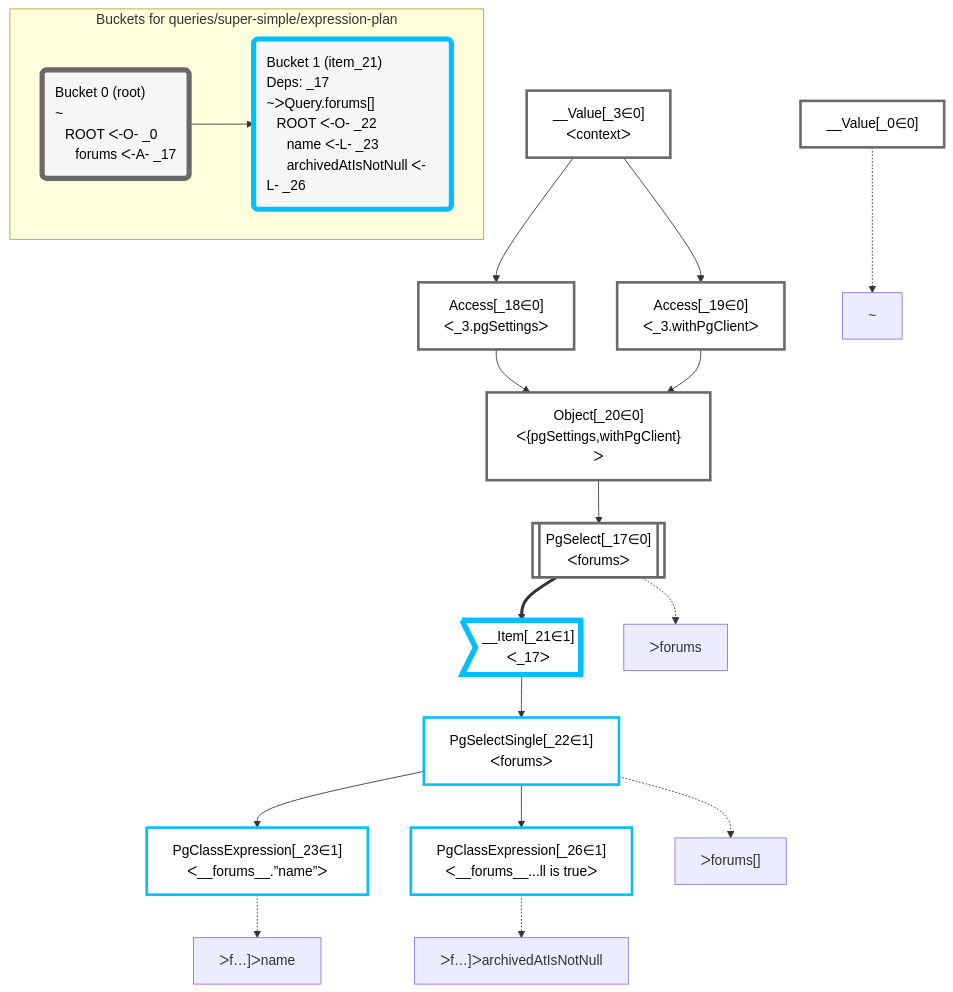
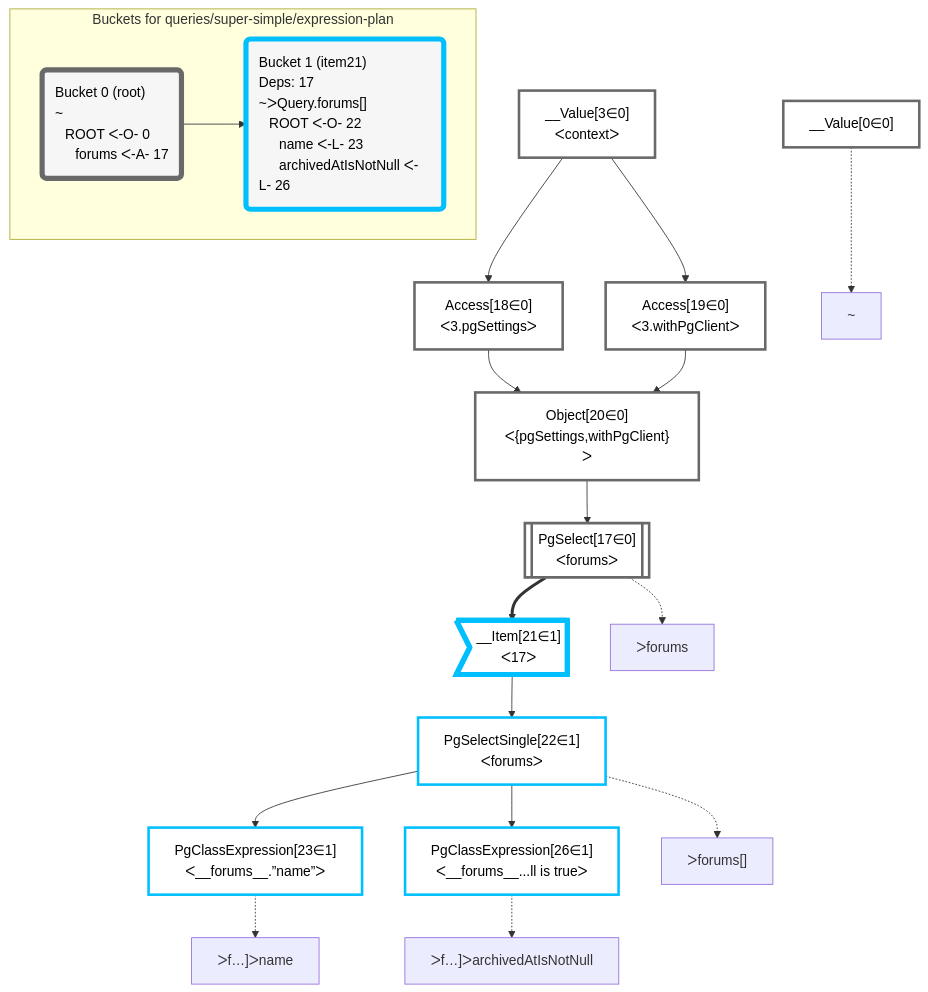
One commit to graphile/crystal changed the diagram in packages/dataplan-pg/__tests__/queries/super-simple/expression-plan.mermaid.md. Above: the diagram before and after it, drawn with Mermaid. The commit also changed 195 other files, not shown here.

````diff
--- a/packages/dataplan-pg/__tests__/queries/super-simple/expression-plan.mermaid.md
+++ b/packages/dataplan-pg/__tests__/queries/super-simple/expression-plan.mermaid.md
@@ -1,53 +1,53 @@
 ```mermaid
 graph TD
     classDef path fill:#eee,stroke:#000,color:#000
     classDef plan fill:#fff,stroke-width:3px,color:#000
     classDef itemplan fill:#fff,stroke-width:6px,color:#000
     classDef sideeffectplan fill:#f00,stroke-width:6px,color:#000
     classDef bucket fill:#f6f6f6,color:#000,stroke-width:6px,text-align:left
 
 
     %% define plans
-    __Value_0["__Value[_0∈0]"]:::plan
-    PgClassExpression_23["PgClassExpression[_23∈1]<br />ᐸ__forums__.”name”ᐳ"]:::plan
-    PgClassExpression_26["PgClassExpression[_26∈1]<br />ᐸ__forums__...ll is trueᐳ"]:::plan
-    PgSelectSingle_22["PgSelectSingle[_22∈1]<br />ᐸforumsᐳ"]:::plan
-    __Item_21>"__Item[_21∈1]<br />ᐸ_17ᐳ"]:::itemplan
-    PgSelect_17[["PgSelect[_17∈0]<br />ᐸforumsᐳ"]]:::plan
-    Object_20["Object[_20∈0]<br />ᐸ{pgSettings,withPgClient}ᐳ"]:::plan
-    Access_18["Access[_18∈0]<br />ᐸ_3.pgSettingsᐳ"]:::plan
-    Access_19["Access[_19∈0]<br />ᐸ_3.withPgClientᐳ"]:::plan
-    __Value_3["__Value[_3∈0]<br />ᐸcontextᐳ"]:::plan
+    __Value0["__Value[0∈0]"]:::plan
+    PgClassExpression23["PgClassExpression[23∈1]<br />ᐸ__forums__.”name”ᐳ"]:::plan
+    PgClassExpression26["PgClassExpression[26∈1]<br />ᐸ__forums__...ll is trueᐳ"]:::plan
+    PgSelectSingle22["PgSelectSingle[22∈1]<br />ᐸforumsᐳ"]:::plan
+    __Item21>"__Item[21∈1]<br />ᐸ17ᐳ"]:::itemplan
+    PgSelect17[["PgSelect[17∈0]<br />ᐸforumsᐳ"]]:::plan
+    Object20["Object[20∈0]<br />ᐸ{pgSettings,withPgClient}ᐳ"]:::plan
+    Access18["Access[18∈0]<br />ᐸ3.pgSettingsᐳ"]:::plan
+    Access19["Access[19∈0]<br />ᐸ3.withPgClientᐳ"]:::plan
+    __Value3["__Value[3∈0]<br />ᐸcontextᐳ"]:::plan
 
     %% plan dependencies
-    PgSelectSingle_22 --> PgClassExpression_23
-    PgSelectSingle_22 --> PgClassExpression_26
-    __Item_21 --> PgSelectSingle_22
-    PgSelect_17 ==> __Item_21
-    Object_20 --> PgSelect_17
-    Access_18 & Access_19 --> Object_20
-    __Value_3 --> Access_18
-    __Value_3 --> Access_19
+    PgSelectSingle22 --> PgClassExpression23
+    PgSelectSingle22 --> PgClassExpression26
+    __Item21 --> PgSelectSingle22
+    PgSelect17 ==> __Item21
+    Object20 --> PgSelect17
+    Access18 & Access19 --> Object20
+    __Value3 --> Access18
+    __Value3 --> Access19
 
     %% plan-to-path relationships
-    P_0["~"]
-    __Value_0 -.-> P_0
-    P_17["ᐳforums"]
-    PgSelect_17 -.-> P_17
-    P_22["ᐳforums[]"]
-    PgSelectSingle_22 -.-> P_22
-    P_23["ᐳf…]ᐳname"]
-    PgClassExpression_23 -.-> P_23
-    P_26["ᐳf…]ᐳarchivedAtIsNotNull"]
-    PgClassExpression_26 -.-> P_26
+    P0["~"]
+    __Value0 -.-> P0
+    P17["ᐳforums"]
+    PgSelect17 -.-> P17
+    P22["ᐳforums[]"]
+    PgSelectSingle22 -.-> P22
+    P23["ᐳf…]ᐳname"]
+    PgClassExpression23 -.-> P23
+    P26["ᐳf…]ᐳarchivedAtIsNotNull"]
+    PgClassExpression26 -.-> P26
 
     subgraph "Buckets for queries/super-simple/expression-plan"
-    Bucket0("Bucket 0 (root)<br />~<br />⠀ROOT ᐸ-O- _0<br />⠀⠀forums ᐸ-A- _17"):::bucket
+    Bucket0("Bucket 0 (root)<br />~<br />⠀ROOT ᐸ-O- 0<br />⠀⠀forums ᐸ-A- 17"):::bucket
     classDef bucket0 stroke:#696969
-    class Bucket0,__Value_0,__Value_3,PgSelect_17,Access_18,Access_19,Object_20 bucket0
-    Bucket1("Bucket 1 (item_21)<br />Deps: _17<br />~ᐳQuery.forums[]<br />⠀ROOT ᐸ-O- _22<br />⠀⠀name ᐸ-L- _23<br />⠀⠀archivedAtIsNotNull ᐸ-L- _26"):::bucket
+    class Bucket0,__Value0,__Value3,PgSelect17,Access18,Access19,Object20 bucket0
+    Bucket1("Bucket 1 (item21)<br />Deps: 17<br />~ᐳQuery.forums[]<br />⠀ROOT ᐸ-O- 22<br />⠀⠀name ᐸ-L- 23<br />⠀⠀archivedAtIsNotNull ᐸ-L- 26"):::bucket
     classDef bucket1 stroke:#00bfff
-    class Bucket1,__Item_21,PgSelectSingle_22,PgClassExpression_23,PgClassExpression_26 bucket1
+    class Bucket1,__Item21,PgSelectSingle22,PgClassExpression23,PgClassExpression26 bucket1
     Bucket0 --> Bucket1
     end
 ```
````
